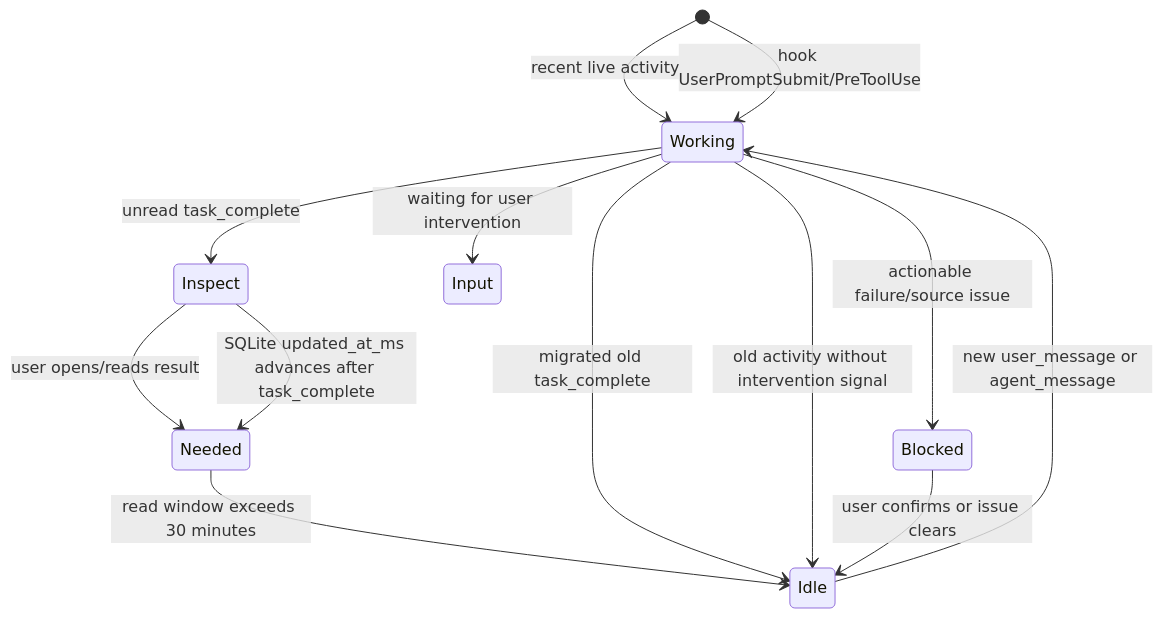
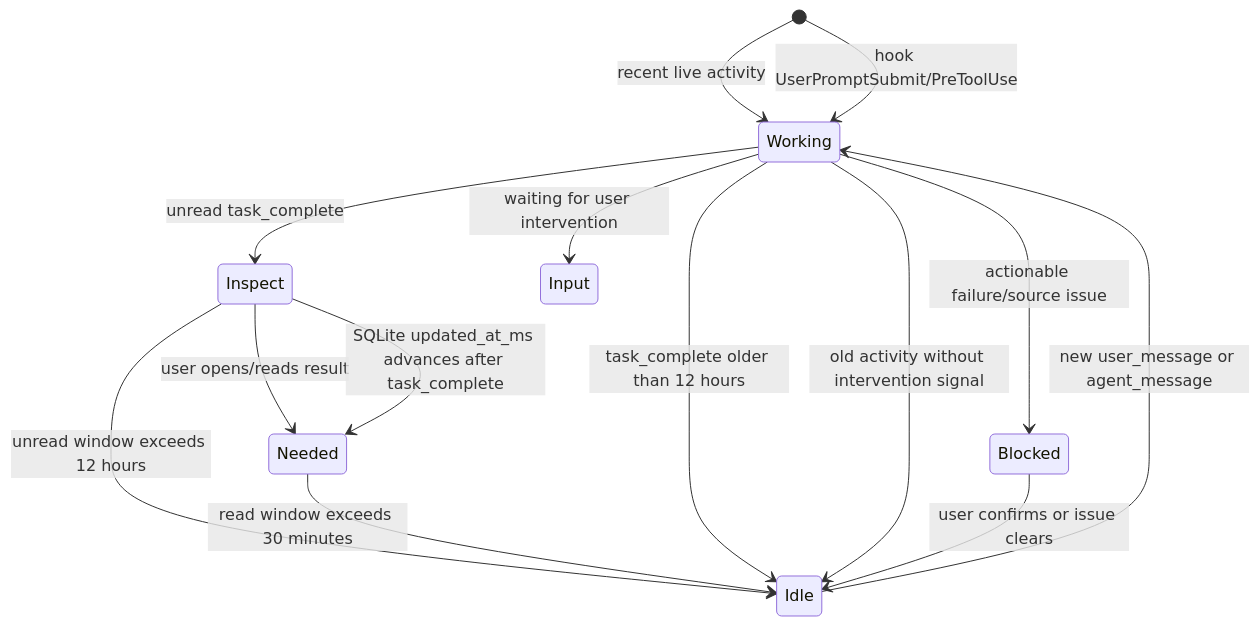
The diagram in docs/status-flow.md (zhatongning/attn), drawn with Mermaid before and after one commit. The commit also changed other lines of this file and 3 other files, not shown here.

Commit message:
fix: bound unread inspect retention

````diff
--- a/docs/status-flow.md
+++ b/docs/status-flow.md
@@ -273,15 +273,16 @@
 ```mermaid
 stateDiagram-v2
     [*] --> Working: recent live activity
     [*] --> Working: hook UserPromptSubmit/PreToolUse
     Working --> Inspect: unread task_complete
     Inspect --> Needed: user opens/reads result
     Inspect --> Needed: SQLite updated_at_ms advances after task_complete
+    Inspect --> Idle: unread window exceeds 12 hours
     Needed --> Idle: read window exceeds 30 minutes
-    Working --> Idle: migrated old task_complete
+    Working --> Idle: task_complete older than 12 hours
     Working --> Idle: old activity without intervention signal
     Working --> Input: waiting for user intervention
     Working --> Blocked: actionable failure/source issue
     Blocked --> Idle: user confirms or issue clears
     Idle --> Working: new user_message or agent_message
 ```
````
